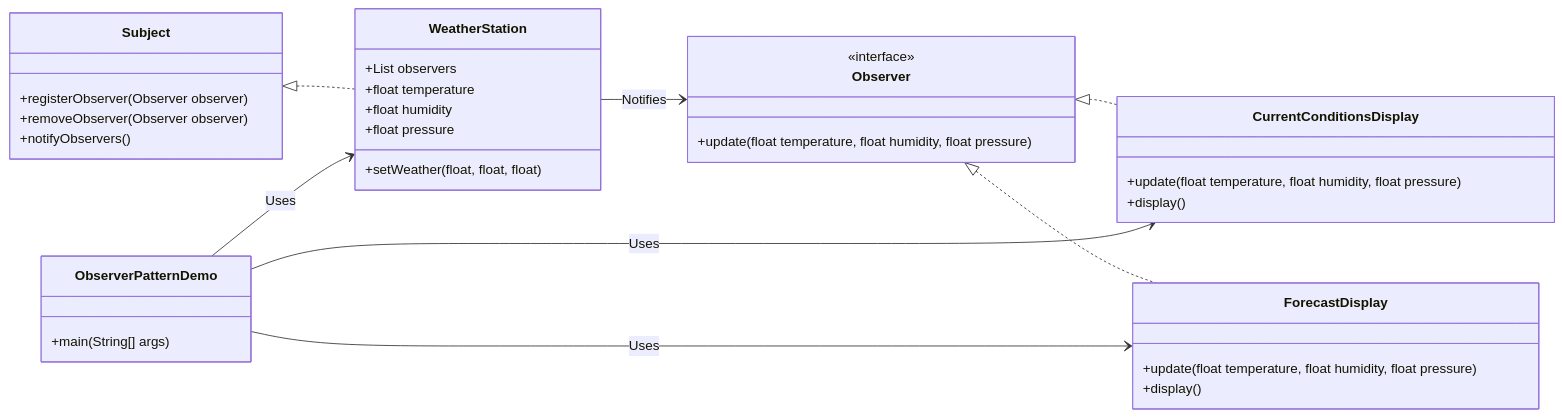
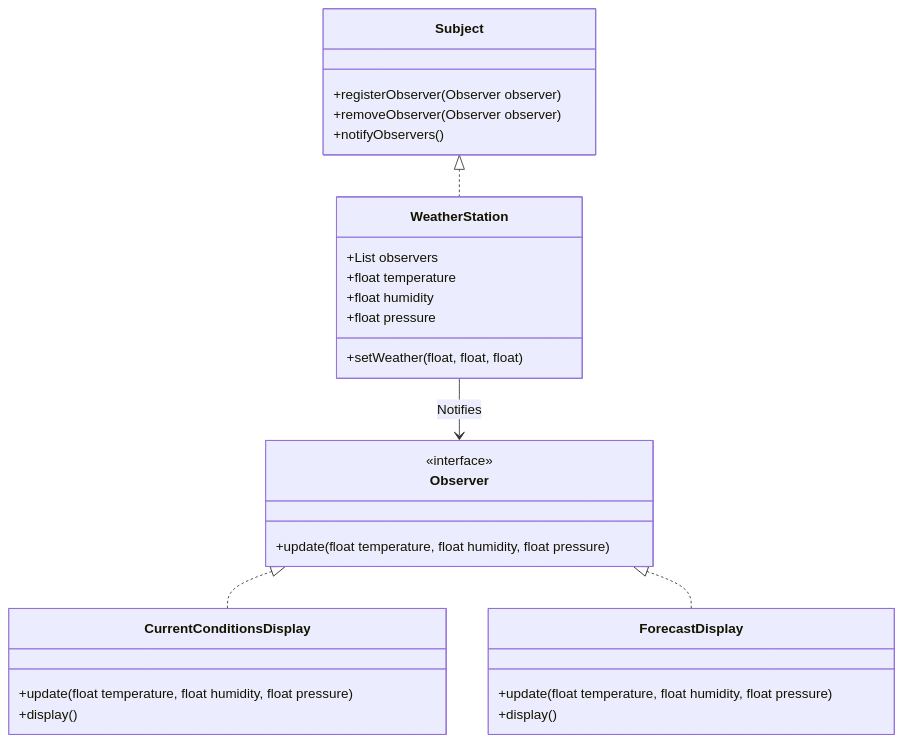
One commit to tdoug19/ENSE_370_Lab changed the diagram in Lab-5/ObserverDesignPattern.md. Above: the diagram before and after it, drawn with Mermaid.

Commit message:
Modified UML diagram

````diff
--- a/Lab-5/ObserverDesignPattern.md
+++ b/Lab-5/ObserverDesignPattern.md
@@ -29,45 +29,37 @@
 ```mermaid
 classDiagram 
-    direction LR
     class Subject {
         +registerObserver(Observer observer)
         +removeObserver(Observer observer)
         +notifyObservers()
     }
 
     class Observer {
         <<interface>>
         +update(float temperature, float humidity, float pressure)
     }
 
     class WeatherStation {
         +List<Observer> observers
         +float temperature
         +float humidity
         +float pressure
         +setWeather(float, float, float)
     }
 
     class CurrentConditionsDisplay {
         +update(float temperature, float humidity, float pressure)
         +display()
     }
 
     class ForecastDisplay {
         +update(float temperature, float humidity, float pressure)
         +display()
     }
 
-    class ObserverPatternDemo {
-        +main(String[] args)
-    }
-
     Subject <|.. WeatherStation
     Observer <|.. CurrentConditionsDisplay
     Observer <|.. ForecastDisplay
     WeatherStation --> Observer : Notifies
-    ObserverPatternDemo --> WeatherStation : Uses
-    ObserverPatternDemo --> CurrentConditionsDisplay : Uses
-    ObserverPatternDemo --> ForecastDisplay : Uses
 
 ```
````
